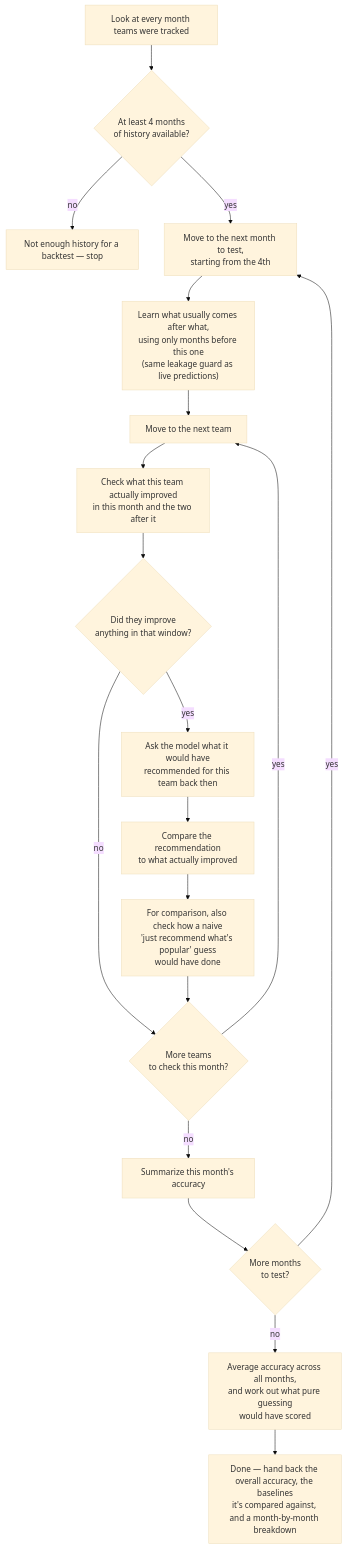
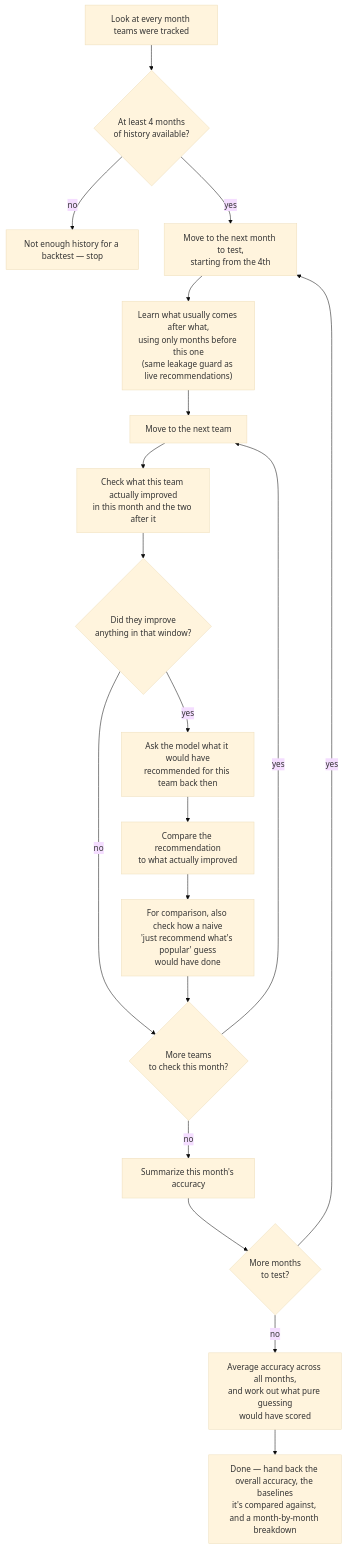
One commit to erezmorabia/agile-prediction-mvp changed the diagram in docs/flowcharts/run-backtest.md. Above: the diagram before and after it, drawn with Mermaid (base theme). The commit also changed other lines of this file and 37 other files, not shown here.

````diff
--- a/docs/flowcharts/run-backtest.md
+++ b/docs/flowcharts/run-backtest.md
@@ -16,21 +16,21 @@
 ```mermaid
 flowchart TD
     A[Look at every month teams were tracked] --> B{At least 4 months<br/>of history available?}
     B -->|no| Z1[Not enough history for a backtest — stop]
     B -->|yes| C[Move to the next month to test,<br/>starting from the 4th]
-    C --> D["Learn what usually comes after what,<br/>using only months before this one<br/>(same leakage guard as live predictions)"]
+    C --> D["Learn what usually comes after what,<br/>using only months before this one<br/>(same leakage guard as live recommendations)"]
     D --> E[Move to the next team]
     E --> F[Check what this team actually improved<br/>in this month and the two after it]
     F --> G{Did they improve<br/>anything in that window?}
     G -->|yes| H["Ask the model what it would have<br/>recommended for this team back then"]
     H --> I[Compare the recommendation<br/>to what actually improved]
     I --> J["For comparison, also check how a naive<br/>'just recommend what's popular' guess<br/>would have done"]
     G -->|no| K{More teams<br/>to check this month?}
     J --> K
     K -->|yes| E
     K -->|no| L[Summarize this month's accuracy]
     L --> N{More months<br/>to test?}
     N -->|yes| C
     N -->|no| O["Average accuracy across all months,<br/>and work out what pure guessing<br/>would have scored"]
     O --> M["Done — hand back the overall accuracy, the baselines<br/>it's compared against, and a month-by-month breakdown"]
 ```
````
